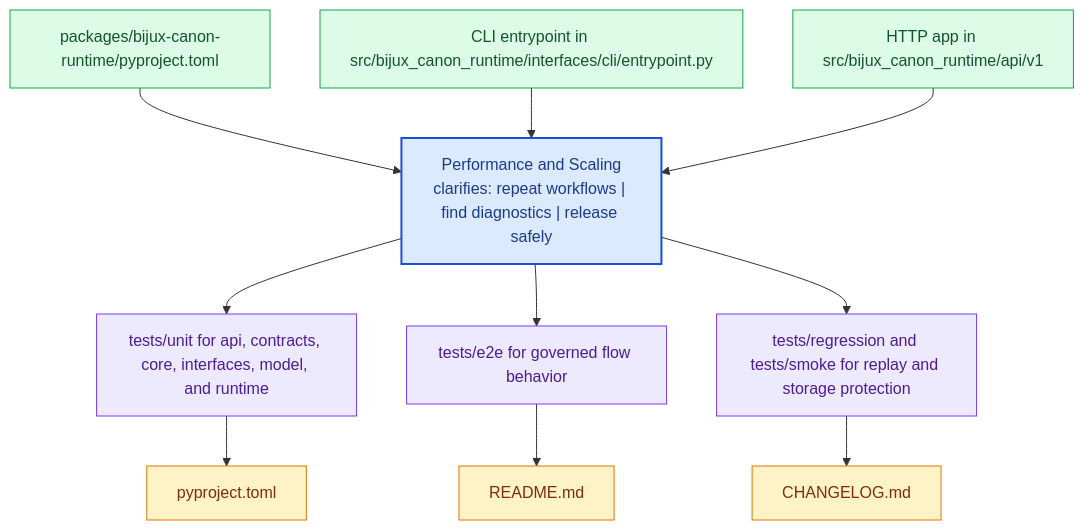
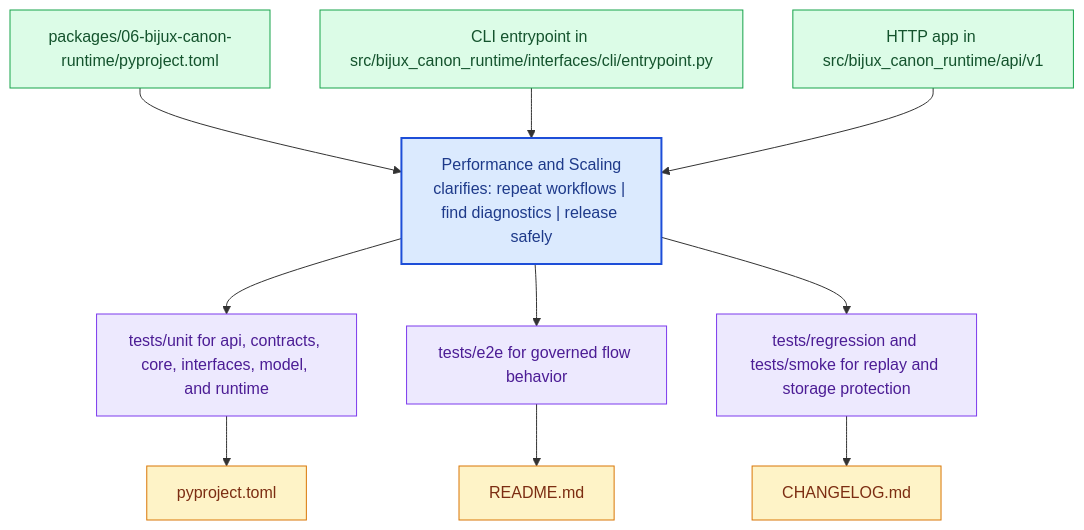
One commit to bijux/bijux-canon changed the diagram in docs/06-bijux-canon-runtime/operations/performance-and-scaling.md. Above: the diagram before and after it, drawn with Mermaid. The commit also changed other lines of this file and 167 other files, not shown here.

````diff
--- a/docs/06-bijux-canon-runtime/operations/performance-and-scaling.md
+++ b/docs/06-bijux-canon-runtime/operations/performance-and-scaling.md
@@ -22,31 +22,31 @@
 ```mermaid
 flowchart TB
     page["Performance and Scaling<br/>clarifies: repeat workflows | find diagnostics | release safely"]
     classDef page fill:#dbeafe,stroke:#1d4ed8,color:#1e3a8a,stroke-width:2px;
     classDef positive fill:#dcfce7,stroke:#16a34a,color:#14532d;
     classDef caution fill:#fee2e2,stroke:#dc2626,color:#7f1d1d;
     classDef anchor fill:#ede9fe,stroke:#7c3aed,color:#4c1d95;
     classDef action fill:#fef3c7,stroke:#d97706,color:#7c2d12;
-    step1["packages/bijux-canon-runtime/pyproject.toml"]
+    step1["packages/06-bijux-canon-runtime/pyproject.toml"]
     step1 --> page
     step2["CLI entrypoint in src/bijux_canon_runtime/interfaces/cli/entrypoint.py"]
     step2 --> page
     step3["HTTP app in src/bijux_canon_runtime/api/v1"]
     step3 --> page
     run1["tests/unit for api, contracts, core, interfaces, model, and runtime"]
     page --> run1
     run2["tests/e2e for governed flow behavior"]
     page --> run2
     run3["tests/regression and tests/smoke for replay and storage protection"]
     page --> run3
     release1["pyproject.toml"]
     run1 --> release1
     release2["README.md"]
     run2 --> release2
     release3["CHANGELOG.md"]
     run3 --> release3
     class page page;
     class step1,step2,step3 positive;
     class run1,run2,run3 anchor;
     class release1,release2,release3 action;
 ```
````
